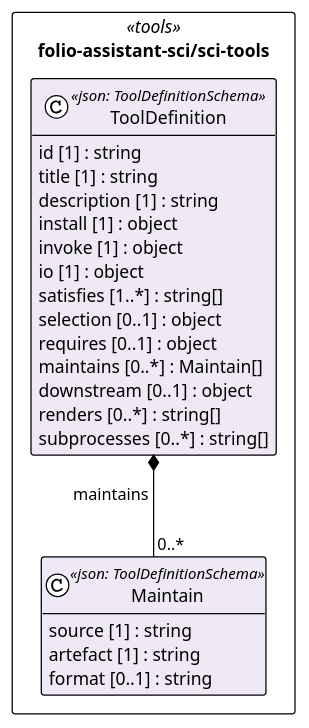
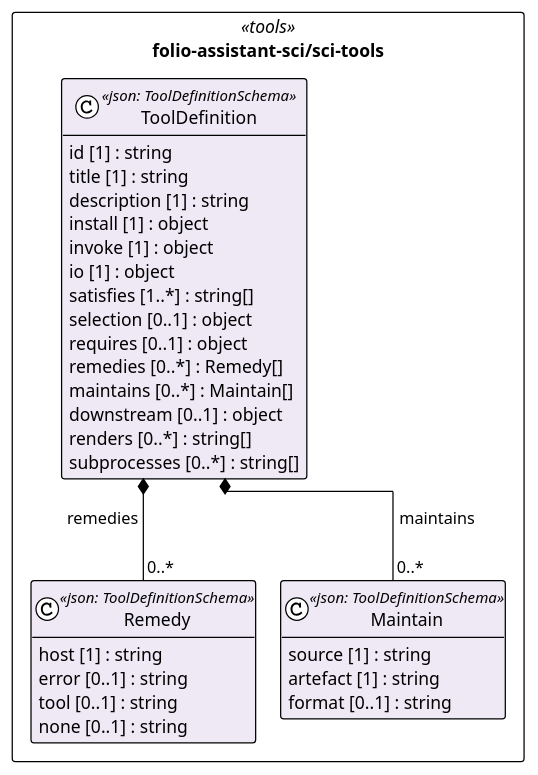
One commit to litlfred/folio-assistant changed the diagram in cat-harness/uml/overview/folio-assistant-sci/sci-tools.puml. Above: the diagram before and after it, drawn with PlantUML. The commit also changed 92 other files, not shown here.

First line of the commit message:
tools: `remedies` per host on every network Tool, a gate, and `tools:remedy` lookup (6mk7)

```diff
--- a/cat-harness/uml/overview/folio-assistant-sci/sci-tools.puml
+++ b/cat-harness/uml/overview/folio-assistant-sci/sci-tools.puml
@@ -3,33 +3,41 @@
 @startuml folio_assistant_sci_sci_tools
 !pragma layout elk
 !theme plain
 skinparam classAttributeIconSize 0
 skinparam shadowing false
 skinparam packageStyle rectangle
 hide empty methods
 
 package "folio-assistant-sci/sci-tools" as pkg_folio_assistant_sci_sci_tools <<tools>> {
+  class "Remedy" as folio_assistant_sci_sci_tools_Remedy <<json: ToolDefinitionSchema>> #eee9f5 {
+    host [1] : string
+    error [0..1] : string
+    tool [0..1] : string
+    none [0..1] : string
+  }
   class "Maintain" as folio_assistant_sci_sci_tools_Maintain <<json: ToolDefinitionSchema>> #eee9f5 {
     source [1] : string
     artefact [1] : string
     format [0..1] : string
   }
   class "ToolDefinition" as folio_assistant_sci_sci_tools_ToolDefinition <<json: ToolDefinitionSchema>> #eee9f5 {
     id [1] : string
     title [1] : string
     description [1] : string
     install [1] : object
     invoke [1] : object
     io [1] : object
     satisfies [1..*] : string[]
     selection [0..1] : object
     requires [0..1] : object
+    remedies [0..*] : Remedy[]
     maintains [0..*] : Maintain[]
     downstream [0..1] : object
     renders [0..*] : string[]
     subprocesses [0..*] : string[]
   }
 }
 
+folio_assistant_sci_sci_tools_ToolDefinition *-- "0..*" folio_assistant_sci_sci_tools_Remedy : remedies
 folio_assistant_sci_sci_tools_ToolDefinition *-- "0..*" folio_assistant_sci_sci_tools_Maintain : maintains
 @enduml
```
